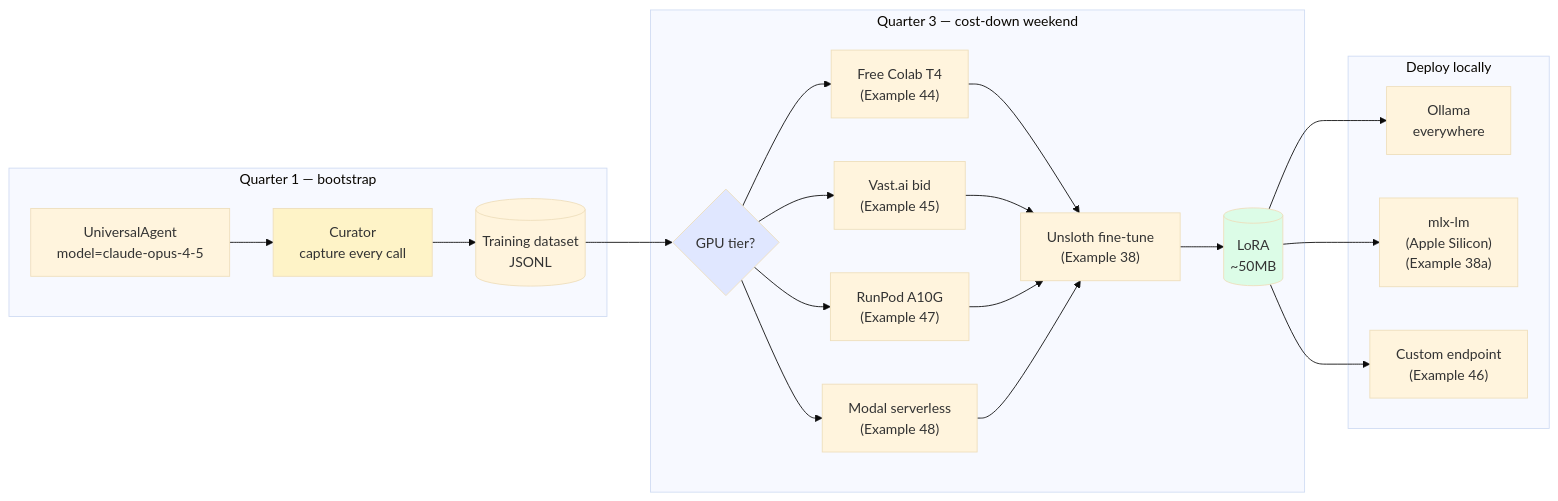
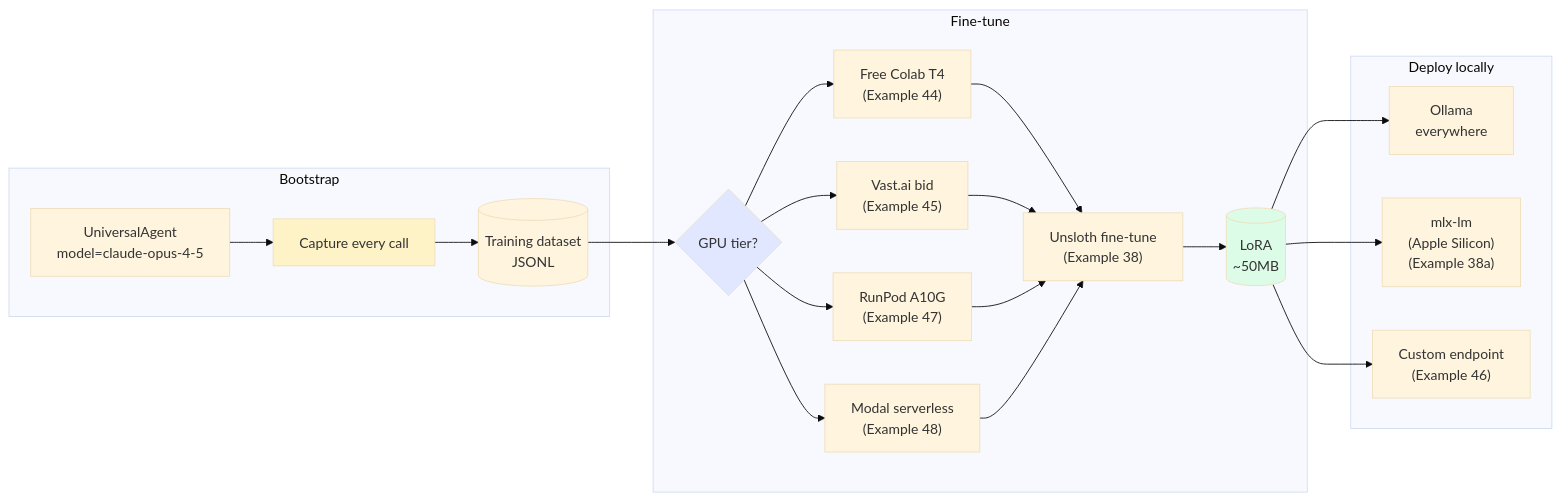
One commit to sagewai/platform changed the diagram in apps/docs/app/docs/lighthouse/train-your-own-model/page.mdx. Above: the diagram before and after it, drawn with Mermaid (base theme). The commit also changed other lines of this file and 11 other files, not shown here.

````diff
--- a/apps/docs/app/docs/lighthouse/train-your-own-model/page.mdx
+++ b/apps/docs/app/docs/lighthouse/train-your-own-model/page.mdx
@@ -20,44 +21,44 @@
 ```mermaid
 flowchart LR
-    subgraph Q1["Quarter 1 — bootstrap"]
+    subgraph Bootstrap["Bootstrap"]
         Agent["UniversalAgent<br/>model=claude-opus-4-5"]
-        Curator["Curator<br/>capture every call"]
+        Capture["Capture every call"]
         DS[("Training dataset<br/>JSONL")]
     end
 
-    subgraph Q3["Quarter 3 — cost-down weekend"]
+    subgraph FineTune["Fine-tune"]
         Tier{"GPU tier?"}
         Colab["Free Colab T4<br/>(Example 44)"]
         Vast["Vast.ai bid<br/>(Example 45)"]
         RunPod["RunPod A10G<br/>(Example 47)"]
         Modal["Modal serverless<br/>(Example 48)"]
         Unsloth["Unsloth fine-tune<br/>(Example 38)"]
         LoRA[("LoRA<br/>~50MB")]
     end
 
     subgraph Deploy["Deploy locally"]
         Ollama["Ollama<br/>everywhere"]
         MLX["mlx-lm<br/>(Apple Silicon)<br/>(Example 38a)"]
         Endpoint["Custom endpoint<br/>(Example 46)"]
     end
 
-    Agent --> Curator
-    Curator --> DS
+    Agent --> Capture
+    Capture --> DS
     DS --> Tier
     Tier --> Colab
     Tier --> Vast
     Tier --> RunPod
     Tier --> Modal
     Colab --> Unsloth
     Vast --> Unsloth
     RunPod --> Unsloth
     Modal --> Unsloth
     Unsloth --> LoRA
     LoRA --> Ollama
     LoRA --> MLX
     LoRA --> Endpoint
 
-    style Curator fill:#fef3c7
+    style Capture fill:#fef3c7
     style LoRA fill:#dcfce7
     style Tier fill:#e0e7ff
 ```
````
